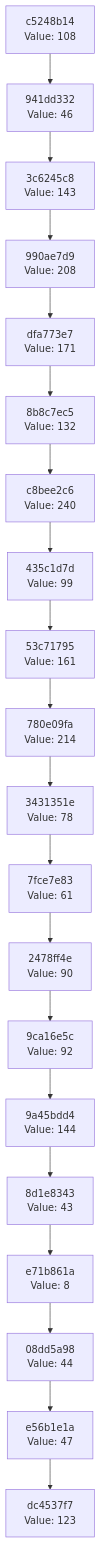
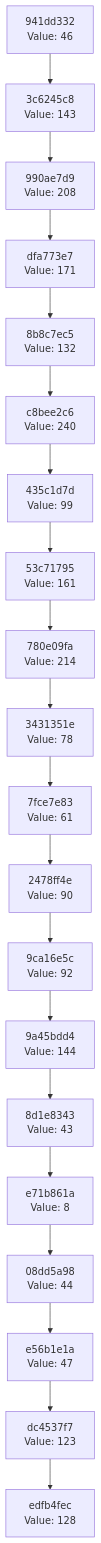
Before and after one commit to Abhisheksinha1506/hash-chain-evolver: the diagram in docs/CHAIN_VISUALIZATION.md, drawn with Mermaid. The commit also changed 3 other files, not shown here.

````diff
--- a/docs/CHAIN_VISUALIZATION.md
+++ b/docs/CHAIN_VISUALIZATION.md
@@ -3,42 +3,42 @@
 ```mermaid
 graph TD
-    C0["dc4537f7<br/>Value: 123"]
-    C1["e56b1e1a<br/>Value: 47"]
+    C0["edfb4fec<br/>Value: 128"]
+    C1["dc4537f7<br/>Value: 123"]
     C1 --> C0
-    C2["08dd5a98<br/>Value: 44"]
+    C2["e56b1e1a<br/>Value: 47"]
     C2 --> C1
-    C3["e71b861a<br/>Value: 8"]
+    C3["08dd5a98<br/>Value: 44"]
     C3 --> C2
-    C4["8d1e8343<br/>Value: 43"]
+    C4["e71b861a<br/>Value: 8"]
     C4 --> C3
-    C5["9a45bdd4<br/>Value: 144"]
+    C5["8d1e8343<br/>Value: 43"]
     C5 --> C4
-    C6["9ca16e5c<br/>Value: 92"]
+    C6["9a45bdd4<br/>Value: 144"]
     C6 --> C5
-    C7["2478ff4e<br/>Value: 90"]
+    C7["9ca16e5c<br/>Value: 92"]
     C7 --> C6
-    C8["7fce7e83<br/>Value: 61"]
+    C8["2478ff4e<br/>Value: 90"]
     C8 --> C7
-    C9["3431351e<br/>Value: 78"]
+    C9["7fce7e83<br/>Value: 61"]
     C9 --> C8
-    C10["780e09fa<br/>Value: 214"]
+    C10["3431351e<br/>Value: 78"]
     C10 --> C9
-    C11["53c71795<br/>Value: 161"]
+    C11["780e09fa<br/>Value: 214"]
     C11 --> C10
-    C12["435c1d7d<br/>Value: 99"]
+    C12["53c71795<br/>Value: 161"]
     C12 --> C11
-    C13["c8bee2c6<br/>Value: 240"]
+    C13["435c1d7d<br/>Value: 99"]
     C13 --> C12
-    C14["8b8c7ec5<br/>Value: 132"]
+    C14["c8bee2c6<br/>Value: 240"]
     C14 --> C13
-    C15["dfa773e7<br/>Value: 171"]
+    C15["8b8c7ec5<br/>Value: 132"]
     C15 --> C14
-    C16["990ae7d9<br/>Value: 208"]
+    C16["dfa773e7<br/>Value: 171"]
     C16 --> C15
-    C17["3c6245c8<br/>Value: 143"]
+    C17["990ae7d9<br/>Value: 208"]
     C17 --> C16
-    C18["941dd332<br/>Value: 46"]
+    C18["3c6245c8<br/>Value: 143"]
     C18 --> C17
-    C19["c5248b14<br/>Value: 108"]
+    C19["941dd332<br/>Value: 46"]
     C19 --> C18
 ```
````
